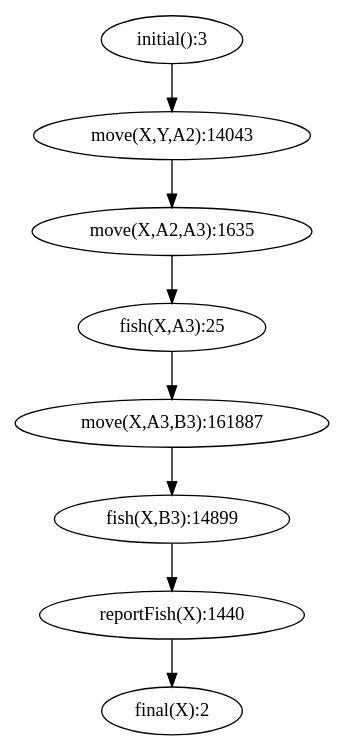
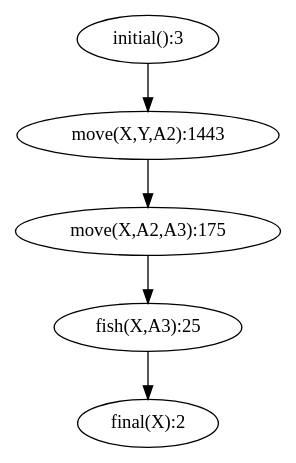
Before and after one commit to tokyramarozaka/mimosa-iriela-extension: the diagram in output/simplified.png.dot, drawn with Graphviz. The commit also changed 22 other files, not shown here.

```diff
--- a/output/simplified.png.dot
+++ b/output/simplified.png.dot
@@ -1,9 +1,6 @@
 digraph G { 
-  "initial():3" -> "move(X,Y,A2):14043";
-  "fish(X,A3):25" -> "move(X,A3,B3):161887";
-  "reportFish(X):1440" -> "final(X):2";
-  "move(X,A2,A3):1635" -> "fish(X,A3):25";
-  "move(X,Y,A2):14043" -> "move(X,A2,A3):1635";
-  "fish(X,B3):14899" -> "reportFish(X):1440";
-  "move(X,A3,B3):161887" -> "fish(X,B3):14899";
+  "initial():3" -> "move(X,Y,A2):1443";
+  "fish(X,A3):25" -> "final(X):2";
+  "move(X,A2,A3):175" -> "fish(X,A3):25";
+  "move(X,Y,A2):1443" -> "move(X,A2,A3):175";
 }
```
